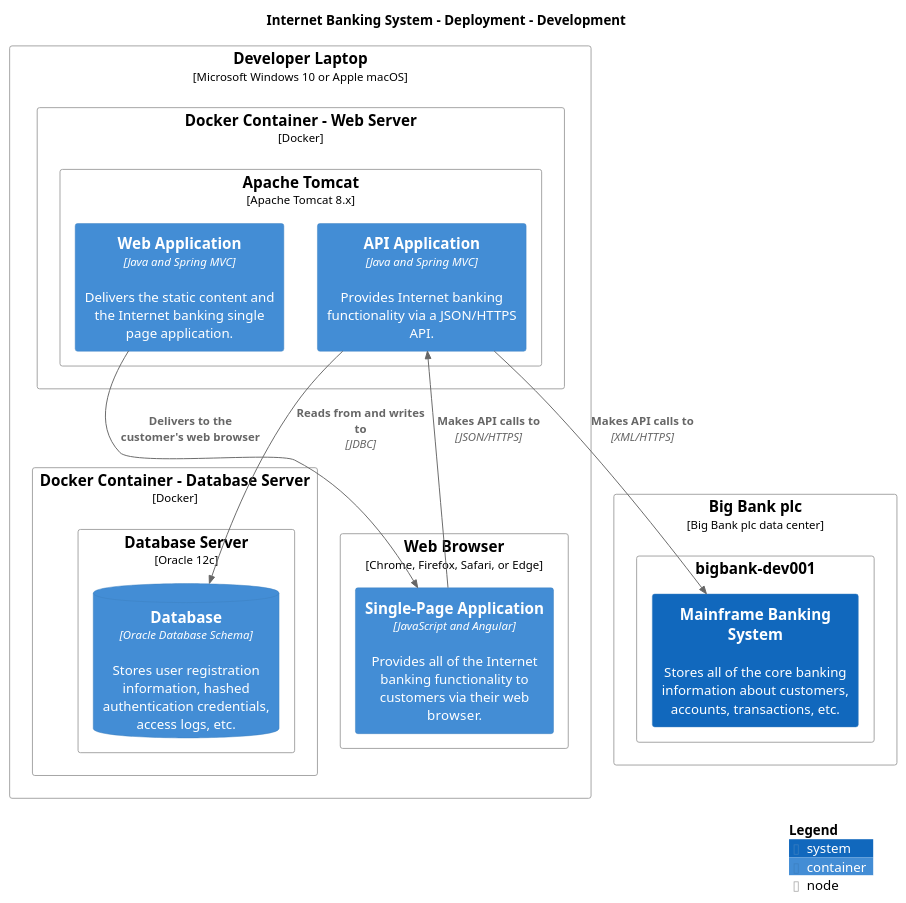
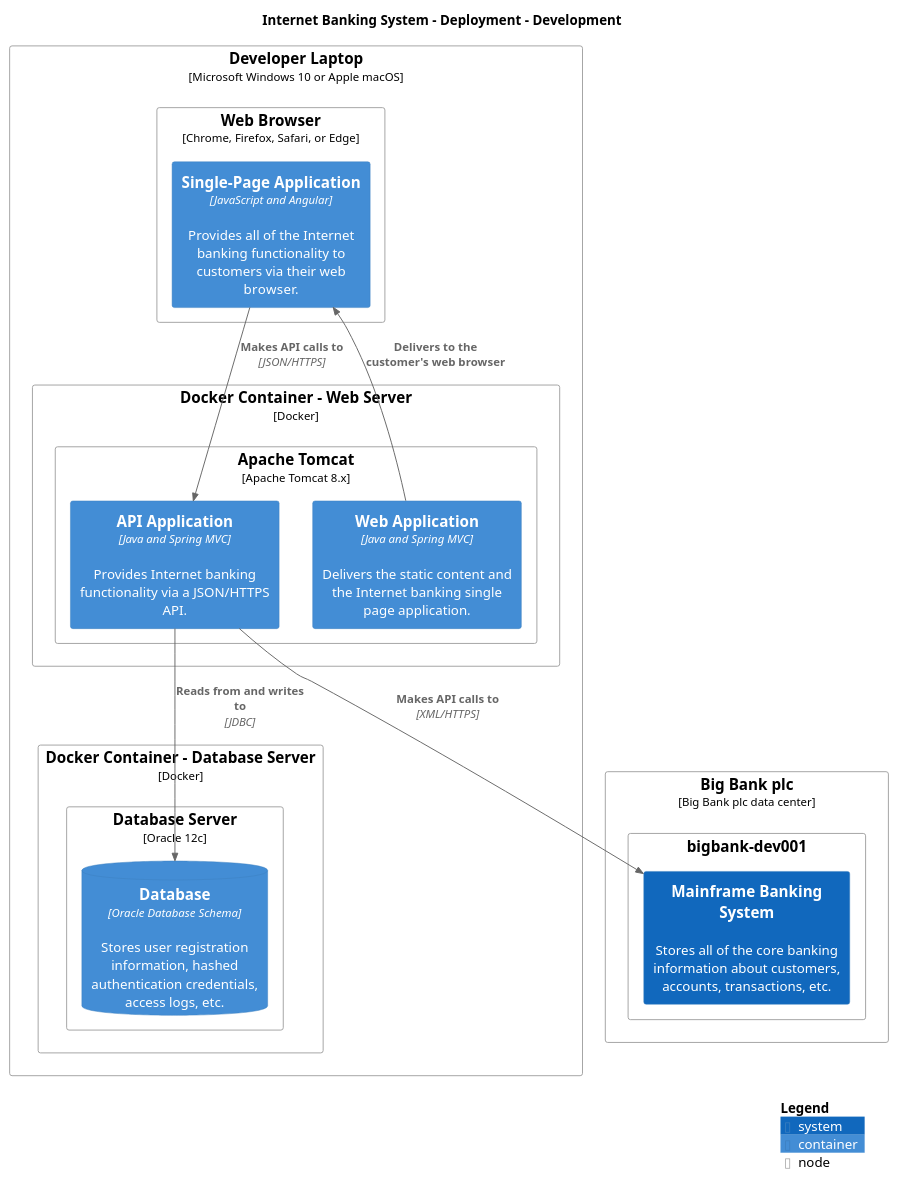
The diagram in puml/DevelopmentDeployment-DevelopmentDeployment.puml (avisi-cloud/structurizr-site-generatr), drawn with PlantUML before and after one commit. The commit also changed 80 other files, not shown here.

```diff
--- a/puml/DevelopmentDeployment-DevelopmentDeployment.puml
+++ b/puml/DevelopmentDeployment-DevelopmentDeployment.puml
@@ -1,49 +1,49 @@
 @startuml
 set separator none
 title Internet Banking System - Deployment - Development
 
 top to bottom direction
 
-!include https://raw.githubusercontent.com/plantuml-stdlib/C4-PlantUML/master/C4.puml
-!include https://raw.githubusercontent.com/plantuml-stdlib/C4-PlantUML/master/C4_Context.puml
-!include https://raw.githubusercontent.com/plantuml-stdlib/C4-PlantUML/master/C4_Container.puml
-!include https://raw.githubusercontent.com/plantuml-stdlib/C4-PlantUML/master/C4_Deployment.puml
+!include <C4/C4>
+!include <C4/C4_Context>
+!include <C4/C4_Container>
+!include <C4/C4_Deployment>
 
 skinparam svgDimensionStyle false
 skinparam preserveAspectRatio meet
 Deployment_Node(Development.DeveloperLaptop, "Developer Laptop", "Microsoft Windows 10 or Apple macOS", $tags="") {
+  Deployment_Node(Development.DeveloperLaptop.WebBrowser, "Web Browser", "Chrome, Firefox, Safari, or Edge", $tags="") {
+    Container(Development.DeveloperLaptop.WebBrowser.SinglePageApplication_1, "Single-Page Application", "JavaScript and Angular", "Provides all of the Internet banking functionality to customers via their web browser.", $tags="")
+  }
+
+  Deployment_Node(Development.DeveloperLaptop.DockerContainerWebServer, "Docker Container - Web Server", "Docker", $tags="") {
+    Deployment_Node(Development.DeveloperLaptop.DockerContainerWebServer.ApacheTomcat, "Apache Tomcat", "Apache Tomcat 8.x", $tags="") {
+      Container(Development.DeveloperLaptop.DockerContainerWebServer.ApacheTomcat.WebApplication_1, "Web Application", "Java and Spring MVC", "Delivers the static content and the Internet banking single page application.", $tags="")
+      Container(Development.DeveloperLaptop.DockerContainerWebServer.ApacheTomcat.APIApplication_1, "API Application", "Java and Spring MVC", "Provides Internet banking functionality via a JSON/HTTPS API.", $tags="")
+    }
+
+  }
+
   Deployment_Node(Development.DeveloperLaptop.DockerContainerDatabaseServer, "Docker Container - Database Server", "Docker", $tags="") {
     Deployment_Node(Development.DeveloperLaptop.DockerContainerDatabaseServer.DatabaseServer, "Database Server", "Oracle 12c", $tags="") {
       ContainerDb(Development.DeveloperLaptop.DockerContainerDatabaseServer.DatabaseServer.Database_1, "Database", "Oracle Database Schema", "Stores user registration information, hashed authentication credentials, access logs, etc.", $tags="")
     }
 
-  }
-
-  Deployment_Node(Development.DeveloperLaptop.DockerContainerWebServer, "Docker Container - Web Server", "Docker", $tags="") {
-    Deployment_Node(Development.DeveloperLaptop.DockerContainerWebServer.ApacheTomcat, "Apache Tomcat", "Apache Tomcat 8.x", $tags="") {
-      Container(Development.DeveloperLaptop.DockerContainerWebServer.ApacheTomcat.APIApplication_1, "API Application", "Java and Spring MVC", "Provides Internet banking functionality via a JSON/HTTPS API.", $tags="")
-      Container(Development.DeveloperLaptop.DockerContainerWebServer.ApacheTomcat.WebApplication_1, "Web Application", "Java and Spring MVC", "Delivers the static content and the Internet banking single page application.", $tags="")
-    }
-
-  }
-
-  Deployment_Node(Development.DeveloperLaptop.WebBrowser, "Web Browser", "Chrome, Firefox, Safari, or Edge", $tags="") {
-    Container(Development.DeveloperLaptop.WebBrowser.SinglePageApplication_1, "Single-Page Application", "JavaScript and Angular", "Provides all of the Internet banking functionality to customers via their web browser.", $tags="")
   }
 
 }
 
 Deployment_Node(Development.BigBankplc, "Big Bank plc", "Big Bank plc data center", $tags="") {
   Deployment_Node(Development.BigBankplc.bigbankdev001, "bigbank-dev001", $tags="") {
     System(Development.BigBankplc.bigbankdev001.MainframeBankingSystem_1, "Mainframe Banking System", "Stores all of the core banking information about customers, accounts, transactions, etc.", $tags="")
   }
 
 }
 
 Rel_D(Development.DeveloperLaptop.DockerContainerWebServer.ApacheTomcat.WebApplication_1, Development.DeveloperLaptop.WebBrowser.SinglePageApplication_1, "Delivers to the customer's web browser", $tags="")
 Rel_D(Development.DeveloperLaptop.WebBrowser.SinglePageApplication_1, Development.DeveloperLaptop.DockerContainerWebServer.ApacheTomcat.APIApplication_1, "Makes API calls to", "JSON/HTTPS", $tags="")
 Rel_D(Development.DeveloperLaptop.DockerContainerWebServer.ApacheTomcat.APIApplication_1, Development.DeveloperLaptop.DockerContainerDatabaseServer.DatabaseServer.Database_1, "Reads from and writes to", "JDBC", $tags="")
 Rel_D(Development.DeveloperLaptop.DockerContainerWebServer.ApacheTomcat.APIApplication_1, Development.BigBankplc.bigbankdev001.MainframeBankingSystem_1, "Makes API calls to", "XML/HTTPS", $tags="")
 
 SHOW_LEGEND(true)
 @enduml
```
